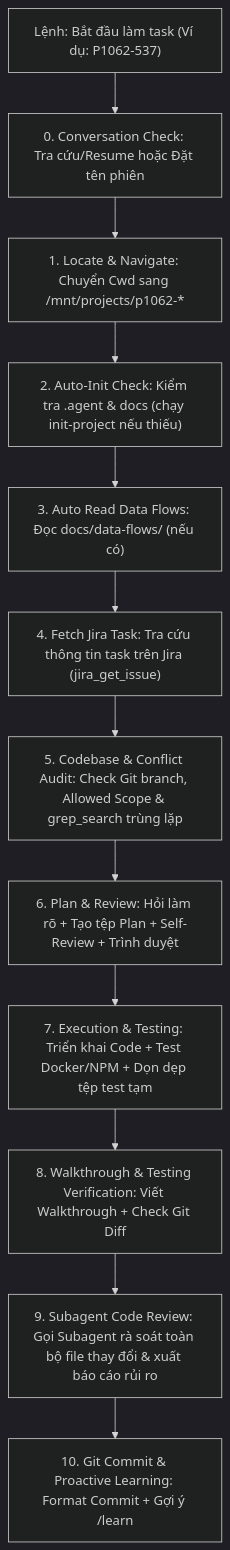
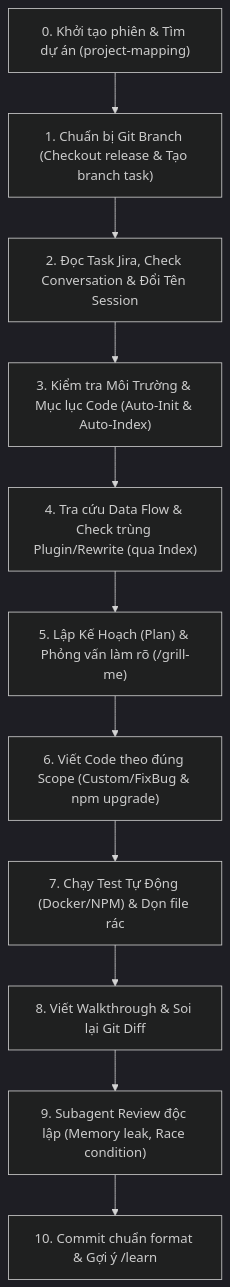
The diagram in rules/user-workflow-and-goals.md (adamphh/study-ai-antigravity-skills), drawn with Mermaid (dark theme) before and after one commit. The commit also changed other lines of this file and 13 other files, not shown here.

Commit message:
Update user workflow: Add conversation history check and automatic session renaming rules

````diff
--- a/rules/user-workflow-and-goals.md
+++ b/rules/user-workflow-and-goals.md
@@ -16,14 +18,13 @@
 ```mermaid
 flowchart TD
-    A["Lệnh: Bắt đầu làm task (Ví dụ: P1062-537)"] --> B["0. Conversation Check: Tra cứu/Resume hoặc Đặt tên phiên"]
-    B --> C["1. Locate & Navigate: Chuyển Cwd sang /mnt/projects/p1062-*"]
-    C --> D["2. Auto-Init Check: Kiểm tra .agent & docs (chạy init-project nếu thiếu)"]
-    D --> E["3. Auto Read Data Flows: Đọc docs/data-flows/ (nếu có)"]
-    E --> F["4. Fetch Jira Task: Tra cứu thông tin task trên Jira (jira_get_issue)"]
-    F --> G["5. Codebase & Conflict Audit: Check Git branch, Allowed Scope & grep_search trùng lặp"]
-    G --> H["6. Plan & Review: Hỏi làm rõ + Tạo tệp Plan + Self-Review + Trình duyệt"]
-    H --> I["7. Execution & Testing: Triển khai Code + Test Docker/NPM + Dọn dẹp tệp test tạm"]
-    I --> J["8. Walkthrough & Testing Verification: Viết Walkthrough + Check Git Diff"]
-    J --> K["9. Subagent Code Review: Gọi Subagent rà soát toàn bộ file thay đổi & xuất báo cáo rủi ro"]
-    K --> L["10. Git Commit & Proactive Learning: Format Commit + Gợi ý /learn"]
+    A["0. Khởi tạo phiên & Tìm dự án (project-mapping)"] --> B["1. Chuẩn bị Git Branch (Checkout release & Tạo branch task)"]
+    B --> C["2. Đọc Task Jira, Check Conversation & Đổi Tên Session"]
+    C --> D["3. Kiểm tra Môi Trường & Mục lục Code (Auto-Init & Auto-Index)"]
+    D --> E["4. Tra cứu Data Flow & Check trùng Plugin/Rewrite (qua Index)"]
+    E --> F["5. Lập Kế Hoạch (Plan) & Phỏng vấn làm rõ (/grill-me)"]
+    F --> G["6. Viết Code theo đúng Scope (Custom/FixBug & npm upgrade)"]
+    G --> H["7. Chạy Test Tự Động (Docker/NPM) & Dọn file rác"]
+    H --> I["8. Viết Walkthrough & Soi lại Git Diff"]
+    I --> J["9. Subagent Review độc lập (Memory leak, Race condition)"]
+    J --> K["10. Commit chuẩn format & Gợi ý /learn"]
 ```
````
